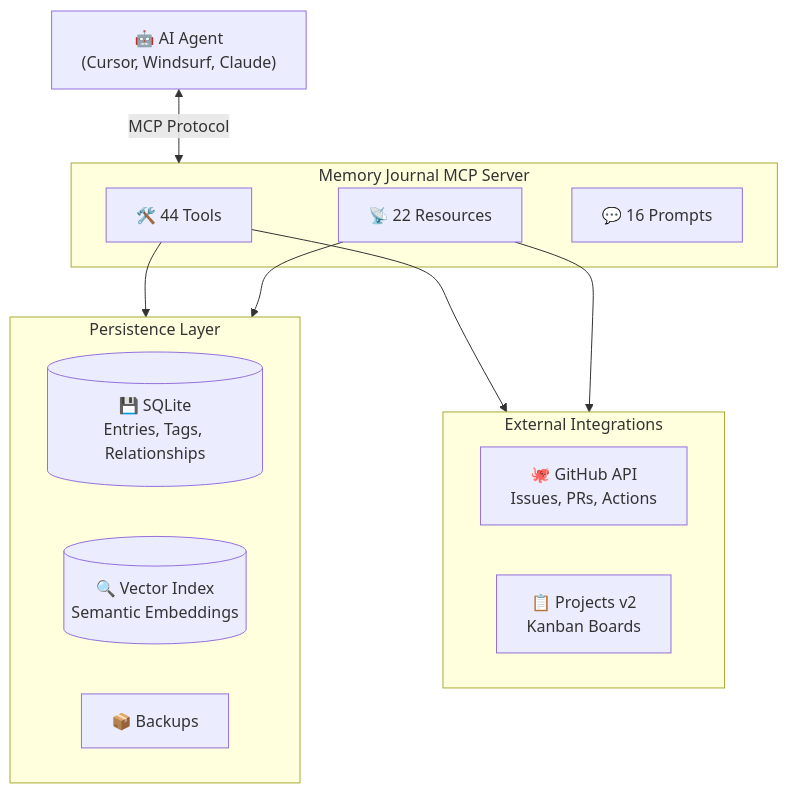
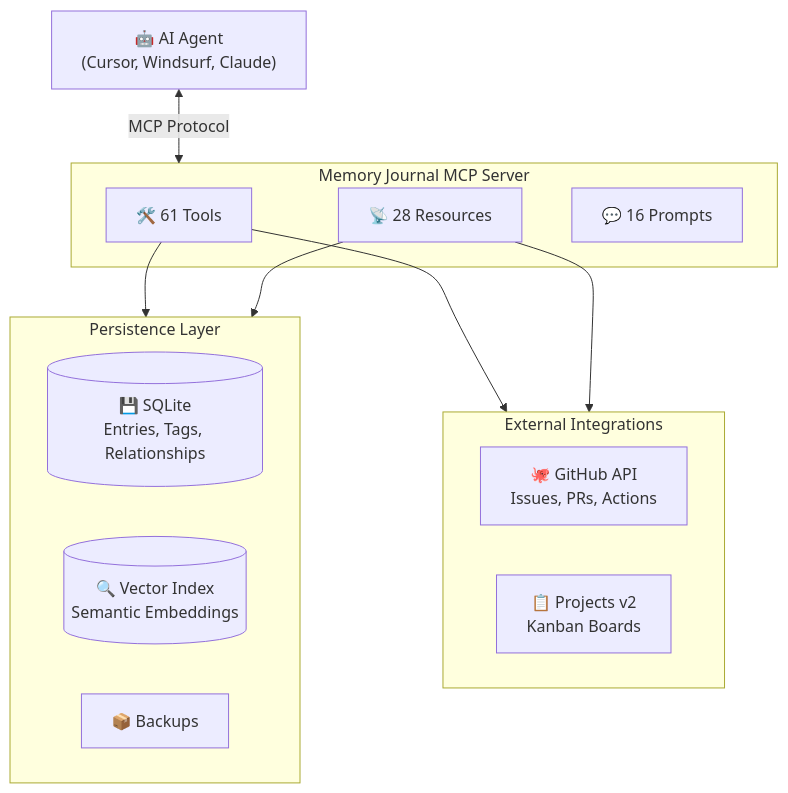
Before and after one commit to neverinfamous/memory-journal-mcp: the second of 2 diagrams in README.md, drawn with Mermaid. The commit also changed other lines of this file and 162 other files, not shown here.

````diff
--- a/README.md
+++ b/README.md
@@ -562,27 +550,27 @@
 ```mermaid
 flowchart TB
     AI["🤖 AI Agent<br/>(Cursor, Windsurf, Claude)"]
 
     subgraph MCP["Memory Journal MCP Server"]
-        Tools["🛠️ 44 Tools"]
-        Resources["📡 22 Resources"]
+        Tools["🛠️ 61 Tools"]
+        Resources["📡 28 Resources"]
         Prompts["💬 16 Prompts"]
     end
 
     subgraph Storage["Persistence Layer"]
         SQLite[("💾 SQLite<br/>Entries, Tags, Relationships")]
         Vector[("🔍 Vector Index<br/>Semantic Embeddings")]
         Backups["📦 Backups"]
     end
 
     subgraph External["External Integrations"]
         GitHub["🐙 GitHub API<br/>Issues, PRs, Actions"]
         Kanban["📋 Projects v2<br/>Kanban Boards"]
     end
 
     AI <-->|"MCP Protocol"| MCP
     Tools --> Storage
     Tools --> External
     Resources --> Storage
     Resources --> External
 ```
````
